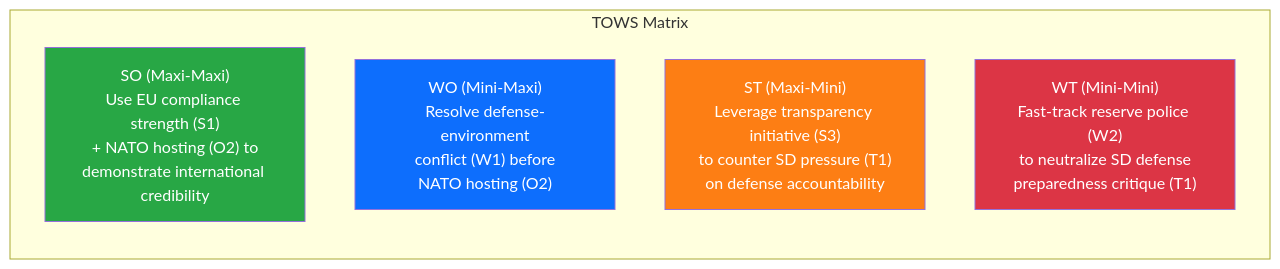
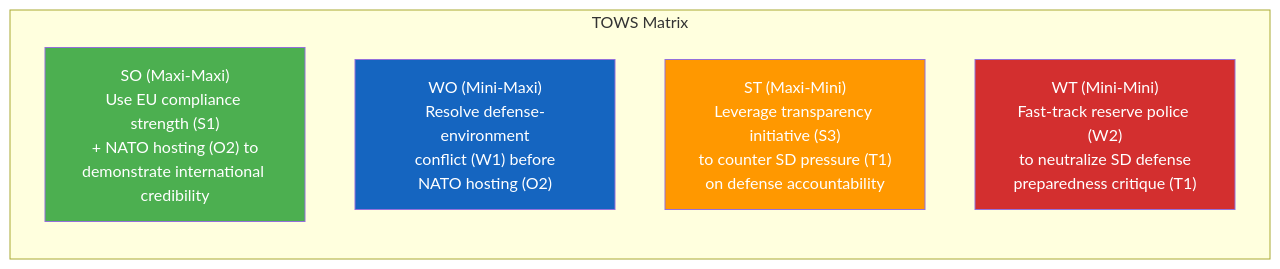
The fourth of 4 diagrams in analysis/daily/2026-04-08/realtime-1433/swot-analysis.md (Hack23/riksdagsmonitor), drawn with Mermaid before and after one commit. The commit also changed other lines of this file and 785 other files, not shown here.

First line of the commit message:
Normalize mermaid colors across 786 analysis artifacts to ISMS Style Guide palette

````diff
--- a/analysis/daily/2026-04-08/realtime-1433/swot-analysis.md
+++ b/analysis/daily/2026-04-08/realtime-1433/swot-analysis.md
@@ -100,14 +100,14 @@
 ```mermaid
 graph LR
     subgraph "TOWS Matrix"
         SO["SO (Maxi-Maxi)<br/>Use EU compliance strength (S1)<br/>+ NATO hosting (O2) to<br/>demonstrate international credibility"]
         WO["WO (Mini-Maxi)<br/>Resolve defense-environment<br/>conflict (W1) before<br/>NATO hosting (O2)"]
         ST["ST (Maxi-Mini)<br/>Leverage transparency initiative (S3)<br/>to counter SD pressure (T1)<br/>on defense accountability"]
         WT["WT (Mini-Mini)<br/>Fast-track reserve police (W2)<br/>to neutralize SD defense<br/>preparedness critique (T1)"]
     end
 
-    style SO fill:#28a745,color:#fff
-    style WO fill:#0d6efd,color:#fff
-    style ST fill:#fd7e14,color:#fff
-    style WT fill:#dc3545,color:#fff
+    style SO fill:#4CAF50,color:#FFFFFF
+    style WO fill:#1565C0,color:#FFFFFF
+    style ST fill:#FF9800,color:#FFFFFF
+    style WT fill:#D32F2F,color:#FFFFFF
 ```
````
